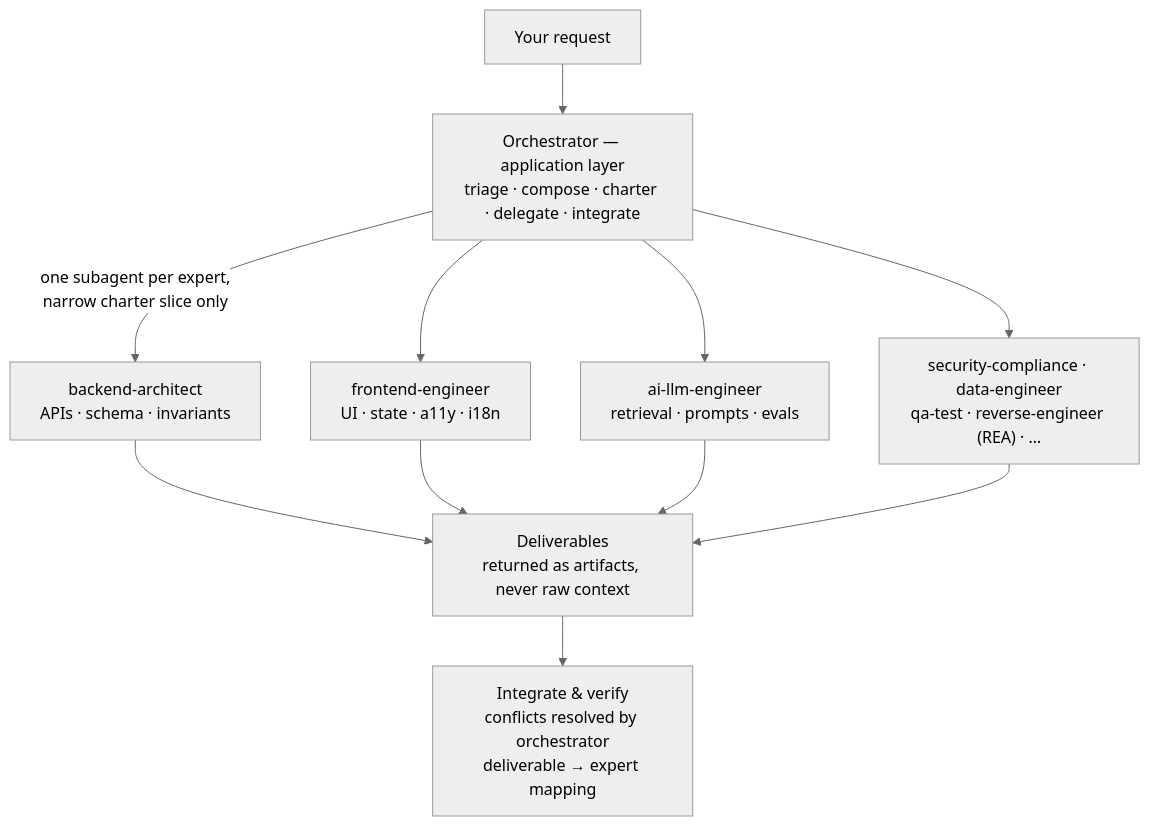
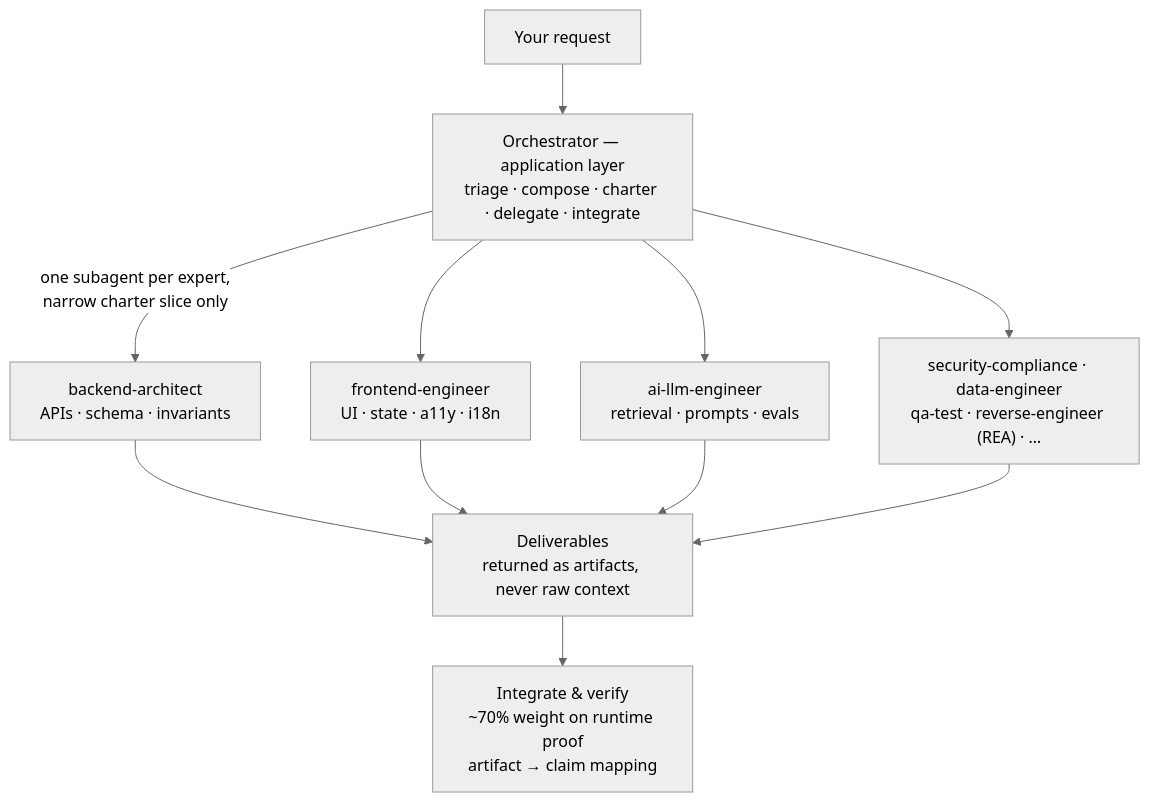
One commit to SilentJMA/mixture-team-of-experts changed the first of 2 diagrams in README.md. Above: the diagram before and after it, drawn with Mermaid (neutral theme). The commit also changed other lines of this file and 3 other files, not shown here.

````diff
--- a/README.md
+++ b/README.md
@@ -6,13 +6,13 @@
 ```mermaid
 flowchart TB
     R["Your request"] --> O["Orchestrator — application layer<br/>triage · compose · charter · delegate · integrate"]
     O -->|"one subagent per expert,<br/>narrow charter slice only"| B["backend-architect<br/>APIs · schema · invariants"]
     O --> F["frontend-engineer<br/>UI · state · a11y · i18n"]
     O --> L["ai-llm-engineer<br/>retrieval · prompts · evals"]
     O --> M["security-compliance · data-engineer<br/>qa-test · reverse-engineer (REA) · …"]
     B --> D["Deliverables<br/>returned as artifacts, never raw context"]
     F --> D
     L --> D
     M --> D
-    D --> I["Integrate & verify<br/>conflicts resolved by orchestrator<br/>deliverable → expert mapping"]
+    D --> I["Integrate & verify<br/>~70% weight on runtime proof<br/>artifact → claim mapping"]
 ```
````
